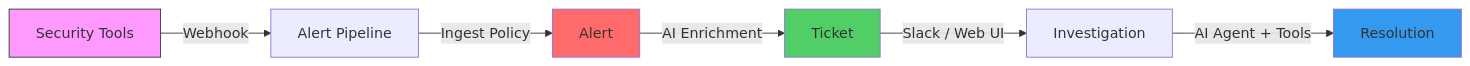
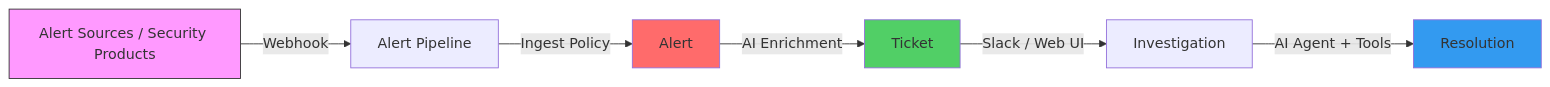
Before and after one commit to secmon-lab/warren: the diagram in doc/getting-started.md, drawn with Mermaid.

Commit message:
docs(getting-started): update diagram label for clarity on alert sources in the flowchart

````diff
--- a/doc/getting-started.md
+++ b/doc/getting-started.md
@@ -9,13 +9,13 @@
 ```mermaid
 flowchart LR
-    A[Security Tools] -->|Webhook| B[Alert Pipeline]
+    A[Alert Sources / Security Products] -->|Webhook| B[Alert Pipeline]
     B -->|Ingest Policy| C[Alert]
     C -->|AI Enrichment| D[Ticket]
     D -->|Slack / Web UI| E[Investigation]
     E -->|AI Agent + Tools| F[Resolution]
 
     style A fill:#f9f,stroke:#333
     style C fill:#ff6b6b
     style D fill:#51cf66
     style F fill:#339af0
 ```
````
